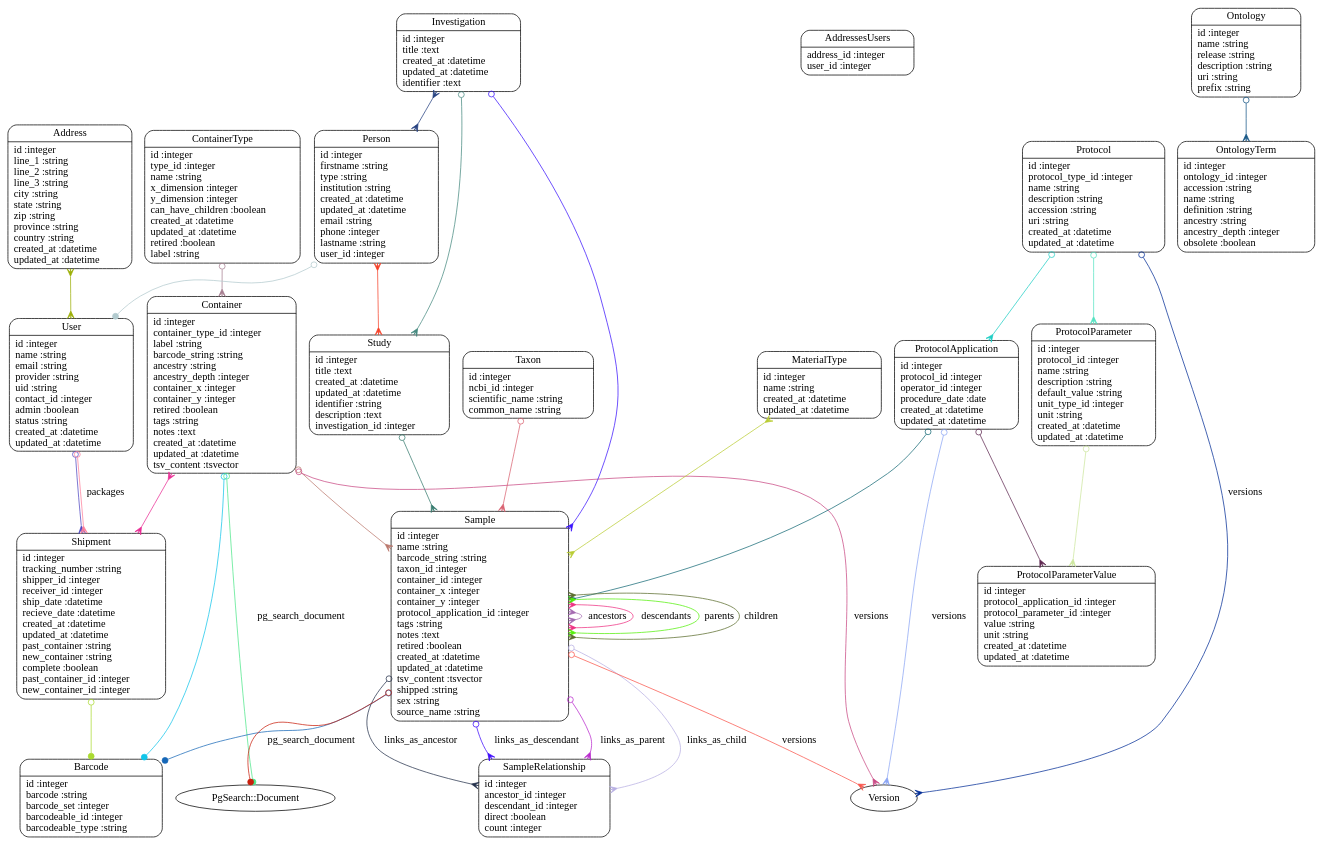
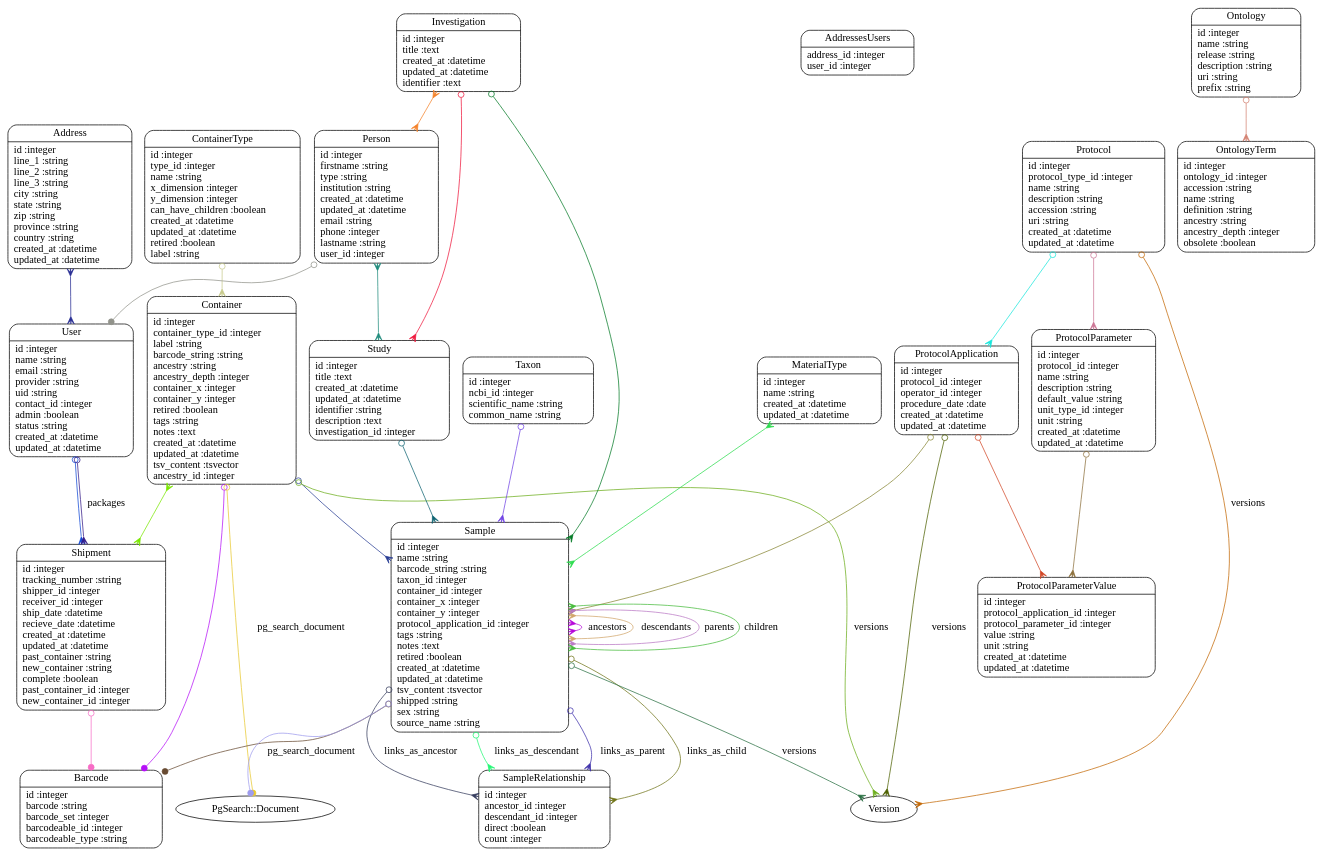
The diagram in models.dot (dimitras/collos), drawn with Graphviz before and after one commit. The commit also changed 19 other files, not shown here.

Commit message:
Fix self joins for container, using the ancestry gem. Add export-to-csv function for the search results, using roo.

```diff
--- a/models.dot
+++ b/models.dot
@@ -1,60 +1,60 @@
 digraph models_diagram {
 	graph[overlap=false, splines=true]
 	"Address" [shape=Mrecord, label="{Address|id :integer\lline_1 :string\lline_2 :string\lline_3 :string\lcity :string\lstate :string\lzip :string\lprovince :string\lcountry :string\lcreated_at :datetime\lupdated_at :datetime\l}"]
 	"AddressesUsers" [shape=Mrecord, label="{AddressesUsers|address_id :integer\luser_id :integer\l}"]
 	"Barcode" [shape=Mrecord, label="{Barcode|id :integer\lbarcode :string\lbarcode_set :integer\lbarcodeable_id :integer\lbarcodeable_type :string\l}"]
-	"Container" [shape=Mrecord, label="{Container|id :integer\lcontainer_type_id :integer\llabel :string\lbarcode_string :string\lancestry :string\lancestry_depth :integer\lcontainer_x :integer\lcontainer_y :integer\lretired :boolean\ltags :string\lnotes :text\lcreated_at :datetime\lupdated_at :datetime\ltsv_content :tsvector\l}"]
+	"Container" [shape=Mrecord, label="{Container|id :integer\lcontainer_type_id :integer\llabel :string\lbarcode_string :string\lancestry :string\lancestry_depth :integer\lcontainer_x :integer\lcontainer_y :integer\lretired :boolean\ltags :string\lnotes :text\lcreated_at :datetime\lupdated_at :datetime\ltsv_content :tsvector\lancestry_id :integer\l}"]
 	"ContainerType" [shape=Mrecord, label="{ContainerType|id :integer\ltype_id :integer\lname :string\lx_dimension :integer\ly_dimension :integer\lcan_have_children :boolean\lcreated_at :datetime\lupdated_at :datetime\lretired :boolean\llabel :string\l}"]
 	"Investigation" [shape=Mrecord, label="{Investigation|id :integer\ltitle :text\lcreated_at :datetime\lupdated_at :datetime\lidentifier :text\l}"]
 	"MaterialType" [shape=Mrecord, label="{MaterialType|id :integer\lname :string\lcreated_at :datetime\lupdated_at :datetime\l}"]
 	"Ontology" [shape=Mrecord, label="{Ontology|id :integer\lname :string\lrelease :string\ldescription :string\luri :string\lprefix :string\l}"]
 	"OntologyTerm" [shape=Mrecord, label="{OntologyTerm|id :integer\lontology_id :integer\laccession :string\lname :string\ldefinition :string\lancestry :string\lancestry_depth :integer\lobsolete :boolean\l}"]
 	"Person" [shape=Mrecord, label="{Person|id :integer\lfirstname :string\ltype :string\linstitution :string\lcreated_at :datetime\lupdated_at :datetime\lemail :string\lphone :integer\llastname :string\luser_id :integer\l}"]
 	"Protocol" [shape=Mrecord, label="{Protocol|id :integer\lprotocol_type_id :integer\lname :string\ldescription :string\laccession :string\luri :string\lcreated_at :datetime\lupdated_at :datetime\l}"]
 	"ProtocolApplication" [shape=Mrecord, label="{ProtocolApplication|id :integer\lprotocol_id :integer\loperator_id :integer\lprocedure_date :date\lcreated_at :datetime\lupdated_at :datetime\l}"]
 	"ProtocolParameter" [shape=Mrecord, label="{ProtocolParameter|id :integer\lprotocol_id :integer\lname :string\ldescription :string\ldefault_value :string\lunit_type_id :integer\lunit :string\lcreated_at :datetime\lupdated_at :datetime\l}"]
 	"ProtocolParameterValue" [shape=Mrecord, label="{ProtocolParameterValue|id :integer\lprotocol_application_id :integer\lprotocol_parameter_id :integer\lvalue :string\lunit :string\lcreated_at :datetime\lupdated_at :datetime\l}"]
 	"Sample" [shape=Mrecord, label="{Sample|id :integer\lname :string\lbarcode_string :string\ltaxon_id :integer\lcontainer_id :integer\lcontainer_x :integer\lcontainer_y :integer\lprotocol_application_id :integer\ltags :string\lnotes :text\lretired :boolean\lcreated_at :datetime\lupdated_at :datetime\ltsv_content :tsvector\lshipped :string\lsex :string\lsource_name :string\l}"]
 	"SampleRelationship" [shape=Mrecord, label="{SampleRelationship|id :integer\lancestor_id :integer\ldescendant_id :integer\ldirect :boolean\lcount :integer\l}"]
 	"Shipment" [shape=Mrecord, label="{Shipment|id :integer\ltracking_number :string\lshipper_id :integer\lreceiver_id :integer\lship_date :datetime\lrecieve_date :datetime\lcreated_at :datetime\lupdated_at :datetime\lpast_container :string\lnew_container :string\lcomplete :boolean\lpast_container_id :integer\lnew_container_id :integer\l}"]
 	"Study" [shape=Mrecord, label="{Study|id :integer\ltitle :text\lcreated_at :datetime\lupdated_at :datetime\lidentifier :string\ldescription :text\linvestigation_id :integer\l}"]
 	"Taxon" [shape=Mrecord, label="{Taxon|id :integer\lncbi_id :integer\lscientific_name :string\lcommon_name :string\l}"]
 	"User" [shape=Mrecord, label="{User|id :integer\lname :string\lemail :string\lprovider :string\luid :string\lcontact_id :integer\ladmin :boolean\lstatus :string\lcreated_at :datetime\lupdated_at :datetime\l}"]
-	"Address" -> "User" [arrowtail=crow, arrowhead=crow, dir=both color="#9CAF06"]
-	"Container" -> "Sample" [arrowtail=odot, arrowhead=crow, dir=both color="#BB786D"]
-	"Container" -> "Barcode" [arrowtail=odot, arrowhead=dot, dir=both color="#11C5E9"]
-	"Container" -> "Shipment" [arrowtail=crow, arrowhead=crow, dir=both color="#E92C94"]
-	"Container" -> "Version" [label="versions", arrowtail=odot, arrowhead=crow, dir=both color="#C94883"]
-	"Container" -> "PgSearch::Document" [label="pg_search_document", arrowtail=odot, arrowhead=dot, dir=both color="#4DE689"]
-	"ContainerType" -> "Container" [arrowtail=odot, arrowhead=crow, dir=both color="#A67E91"]
-	"Investigation" -> "Study" [arrowtail=odot, arrowhead=crow, dir=both color="#468A80"]
-	"Investigation" -> "Sample" [arrowtail=odot, arrowhead=crow, dir=both color="#3A13FD"]
-	"Investigation" -> "Person" [arrowtail=crow, arrowhead=crow, dir=both color="#244080"]
-	"MaterialType" -> "Sample" [arrowtail=crow, arrowhead=crow, dir=both color="#B9CC33"]
-	"Ontology" -> "OntologyTerm" [arrowtail=odot, arrowhead=crow, dir=both color="#155685"]
-	"Person" -> "Study" [arrowtail=crow, arrowhead=crow, dir=both color="#F64128"]
-	"Person" -> "User" [arrowtail=odot, arrowhead=dot, dir=both color="#B2CACE"]
-	"Protocol" -> "ProtocolApplication" [arrowtail=odot, arrowhead=crow, dir=both color="#1FCEC4"]
-	"Protocol" -> "ProtocolParameter" [arrowtail=odot, arrowhead=crow, dir=both color="#56E2C2"]
-	"Protocol" -> "Version" [label="versions", arrowtail=odot, arrowhead=crow, dir=both color="#022C96"]
-	"ProtocolApplication" -> "Sample" [arrowtail=odot, arrowhead=crow, dir=both color="#146975"]
-	"ProtocolApplication" -> "ProtocolParameterValue" [arrowtail=odot, arrowhead=crow, dir=both color="#5F2852"]
-	"ProtocolApplication" -> "Version" [label="versions", arrowtail=odot, arrowhead=crow, dir=both color="#8BA5F4"]
-	"ProtocolParameter" -> "ProtocolParameterValue" [arrowtail=odot, arrowhead=crow, dir=both color="#CDE79E"]
-	"Sample" -> "Barcode" [arrowtail=odot, arrowhead=dot, dir=both color="#1667B7"]
-	"Sample" -> "SampleRelationship" [label="links_as_ancestor", arrowtail=odot, arrowhead=crow, dir=both color="#24304B"]
-	"Sample" -> "SampleRelationship" [label="links_as_descendant", arrowtail=odot, arrowhead=crow, dir=both color="#3B07FD"]
-	"Sample" -> "Sample" [label="ancestors", arrowtail=crow, arrowhead=crow, dir=both color="#A369B0"]
-	"Sample" -> "Sample" [label="descendants", arrowtail=crow, arrowhead=crow, dir=both color="#EE2F82"]
-	"Sample" -> "SampleRelationship" [label="links_as_parent", arrowtail=odot, arrowhead=crow, dir=both color="#B826CC"]
-	"Sample" -> "SampleRelationship" [label="links_as_child", arrowtail=odot, arrowhead=crow, dir=both color="#B7AFE2"]
-	"Sample" -> "Sample" [label="parents", arrowtail=crow, arrowhead=crow, dir=both color="#53F008"]
-	"Sample" -> "Sample" [label="children", arrowtail=crow, arrowhead=crow, dir=both color="#596C2B"]
-	"Sample" -> "PgSearch::Document" [label="pg_search_document", arrowtail=odot, arrowhead=dot, dir=both color="#C91F0D"]
-	"Sample" -> "Version" [label="versions", arrowtail=odot, arrowhead=crow, dir=both color="#FA544B"]
-	"Shipment" -> "Barcode" [arrowtail=odot, arrowhead=dot, dir=both color="#AADB31"]
-	"Study" -> "Sample" [arrowtail=odot, arrowhead=crow, dir=both color="#367B6E"]
-	"Taxon" -> "Sample" [arrowtail=odot, arrowhead=crow, dir=both color="#D9616F"]
-	"User" -> "Shipment" [arrowtail=odot, arrowhead=crow, dir=both color="#4F47C2"]
-	"User" -> "Shipment" [label="packages", arrowtail=odot, arrowhead=crow, dir=both color="#FE7F9A"]
+	"Address" -> "User" [arrowtail=crow, arrowhead=crow, dir=both color="#272D93"]
+	"Container" -> "Sample" [arrowtail=odot, arrowhead=crow, dir=both color="#2A3E95"]
+	"Container" -> "Barcode" [arrowtail=odot, arrowhead=dot, dir=both color="#B510F7"]
+	"Container" -> "Shipment" [arrowtail=crow, arrowhead=crow, dir=both color="#7AE700"]
+	"Container" -> "Version" [label="versions", arrowtail=odot, arrowhead=crow, dir=both color="#6CAD1B"]
+	"Container" -> "PgSearch::Document" [label="pg_search_document", arrowtail=odot, arrowhead=dot, dir=both color="#E8C931"]
+	"ContainerType" -> "Container" [arrowtail=odot, arrowhead=crow, dir=both color="#C7CA8C"]
+	"Investigation" -> "Study" [arrowtail=odot, arrowhead=crow, dir=both color="#EF173C"]
+	"Investigation" -> "Sample" [arrowtail=odot, arrowhead=crow, dir=both color="#057B27"]
+	"Investigation" -> "Person" [arrowtail=crow, arrowhead=crow, dir=both color="#F58128"]
+	"MaterialType" -> "Sample" [arrowtail=crow, arrowhead=crow, dir=both color="#2BDC4D"]
+	"Ontology" -> "OntologyTerm" [arrowtail=odot, arrowhead=crow, dir=both color="#D48171"]
+	"Person" -> "Study" [arrowtail=crow, arrowhead=crow, dir=both color="#218D7D"]
+	"Person" -> "User" [arrowtail=odot, arrowhead=dot, dir=both color="#92938B"]
+	"Protocol" -> "ProtocolApplication" [arrowtail=odot, arrowhead=crow, dir=both color="#1AE6DC"]
+	"Protocol" -> "ProtocolParameter" [arrowtail=odot, arrowhead=crow, dir=both color="#CD7696"]
+	"Protocol" -> "Version" [label="versions", arrowtail=odot, arrowhead=crow, dir=both color="#C36804"]
+	"ProtocolApplication" -> "Sample" [arrowtail=odot, arrowhead=crow, dir=both color="#878633"]
+	"ProtocolApplication" -> "ProtocolParameterValue" [arrowtail=odot, arrowhead=crow, dir=both color="#D24625"]
+	"ProtocolApplication" -> "Version" [label="versions", arrowtail=odot, arrowhead=crow, dir=both color="#4E6101"]
+	"ProtocolParameter" -> "ProtocolParameterValue" [arrowtail=odot, arrowhead=crow, dir=both color="#8C703B"]
+	"Sample" -> "Barcode" [arrowtail=odot, arrowhead=dot, dir=both color="#684B32"]
+	"Sample" -> "SampleRelationship" [label="links_as_ancestor", arrowtail=odot, arrowhead=crow, dir=both color="#353B5D"]
+	"Sample" -> "SampleRelationship" [label="links_as_descendant", arrowtail=odot, arrowhead=crow, dir=both color="#20F873"]
+	"Sample" -> "Sample" [label="ancestors", arrowtail=crow, arrowhead=crow, dir=both color="#B606D9"]
+	"Sample" -> "Sample" [label="descendants", arrowtail=crow, arrowhead=crow, dir=both color="#D1A569"]
+	"Sample" -> "SampleRelationship" [label="links_as_parent", arrowtail=odot, arrowhead=crow, dir=both color="#3D2FAA"]
+	"Sample" -> "SampleRelationship" [label="links_as_child", arrowtail=odot, arrowhead=crow, dir=both color="#707318"]
+	"Sample" -> "Sample" [label="parents", arrowtail=crow, arrowhead=crow, dir=both color="#B978C4"]
+	"Sample" -> "Sample" [label="children", arrowtail=crow, arrowhead=crow, dir=both color="#47BB3B"]
+	"Sample" -> "PgSearch::Document" [label="pg_search_document", arrowtail=odot, arrowhead=dot, dir=both color="#9E9CEE"]
+	"Sample" -> "Version" [label="versions", arrowtail=odot, arrowhead=crow, dir=both color="#2A6F43"]
+	"Shipment" -> "Barcode" [arrowtail=odot, arrowhead=dot, dir=both color="#F76DC6"]
+	"Study" -> "Sample" [arrowtail=odot, arrowhead=crow, dir=both color="#0B6271"]
+	"Taxon" -> "Sample" [arrowtail=odot, arrowhead=crow, dir=both color="#7043E4"]
+	"User" -> "Shipment" [arrowtail=odot, arrowhead=crow, dir=both color="#0E47D5"]
+	"User" -> "Shipment" [label="packages", arrowtail=odot, arrowhead=crow, dir=both color="#341987"]
 }
```
